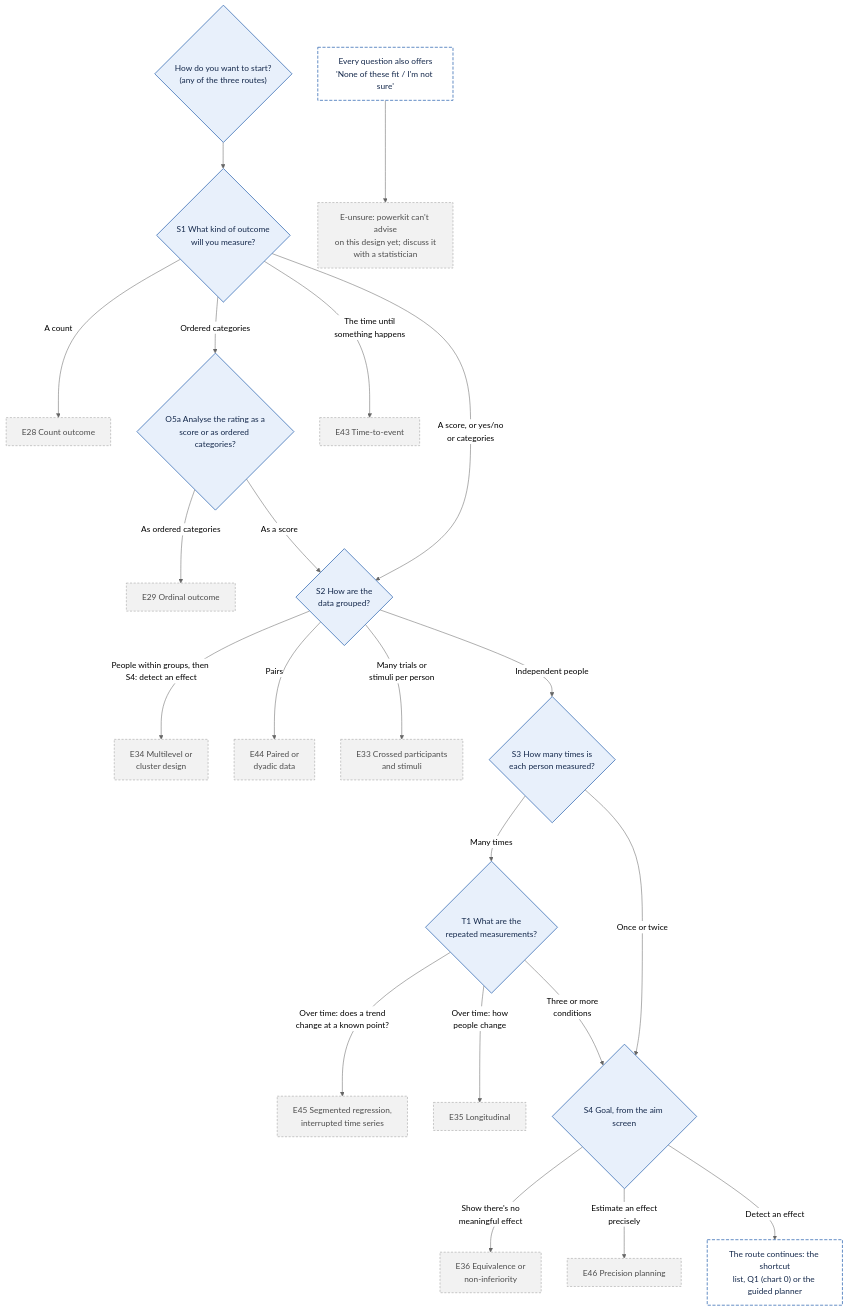
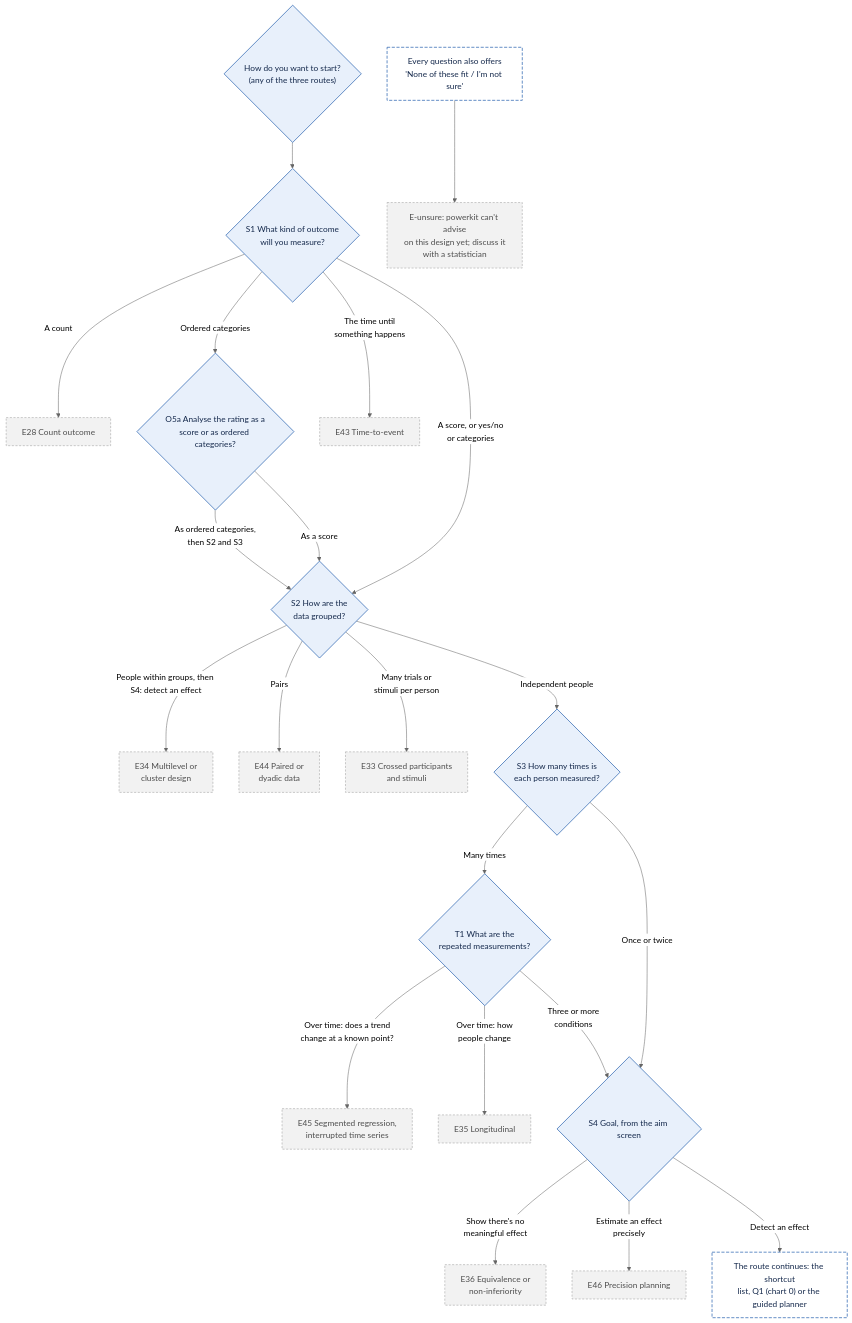
The first of 11 diagrams in docs/decision-tree.md (JoelThornton/Powerkit), drawn with Mermaid (neutral theme) before and after one commit. The commit also changed other lines of this file and 34 other files, not shown here.

````diff
--- a/docs/decision-tree.md
+++ b/docs/decision-tree.md
@@ -236,31 +236,31 @@
 ```mermaid
 flowchart TD
   S0{"How do you want to start?<br/>(any of the three routes)"} --> S1{"S1 What kind of outcome<br/>will you measure?"}
   S1 -->|A count| E28["E28 Count outcome"]
   S1 -->|Ordered categories| O5a{"O5a Analyse the rating as a<br/>score or as ordered categories?"}
-  O5a -->|As ordered categories| E29["E29 Ordinal outcome"]
+  O5a -->|As ordered categories,<br/>then S2 and S3| S2
   O5a -->|As a score| S2
   S1 -->|The time until<br/>something happens| E43["E43 Time-to-event"]
   S1 -->|A score, or yes/no<br/>or categories| S2{"S2 How are the<br/>data grouped?"}
   S2 -->|People within groups, then S4: detect an effect| E34["E34 Multilevel or<br/>cluster design"]
   S2 -->|Pairs| E44["E44 Paired or<br/>dyadic data"]
   S2 -->|Many trials or<br/>stimuli per person| E33["E33 Crossed participants<br/>and stimuli"]
   S2 -->|Independent people| S3{"S3 How many times is<br/>each person measured?"}
   S3 -->|Many times| T1{"T1 What are the<br/>repeated measurements?"}
   T1 -->|Over time: does a trend<br/>change at a known point?| E45["E45 Segmented regression,<br/>interrupted time series"]
   T1 -->|Over time: how<br/>people change| E35["E35 Longitudinal"]
   T1 -->|Three or more<br/>conditions| S4
   S3 -->|Once or twice| S4{"S4 Goal, from the aim screen"}
   S4 -->|Show there's no<br/>meaningful effect| E36["E36 Equivalence or<br/>non-inferiority"]
   S4 -->|Estimate an effect<br/>precisely| E46["E46 Precision planning"]
   S4 -->|Detect an effect| R["The route continues: the shortcut<br/>list, Q1 (chart 0) or the guided planner"]
   ANY["Every question also offers<br/>'None of these fit / I'm not sure'"] --> EU["E-unsure: powerkit can't advise<br/>on this design yet; discuss it<br/>with a statistician"]
   class S0,S1,O5a,S2,S3,T1,S4 q
-  class E28,E29,E43,E34,E44,E33,E45,E35,E36,E46,EU later
+  class E28,E43,E34,E44,E33,E45,E35,E36,E46,EU later
   class R,ANY jump
   classDef q fill:#E8F0FB,stroke:#3B6FB6,color:#14284B,stroke-width:1.5px
   classDef avail fill:#DDF2E3,stroke:#2E7D4F,color:#123D24,stroke-width:1.5px
   classDef spec fill:#FFF0D1,stroke:#B97A00,color:#4A3200,stroke-width:1.5px
   classDef later fill:#F2F2F2,stroke:#9A9A9A,color:#4D4D4D,stroke-width:1px,stroke-dasharray:4 3
   classDef jump fill:#FFFFFF,stroke:#3B6FB6,color:#14284B,stroke-width:1.5px,stroke-dasharray:6 3
 ```
````
